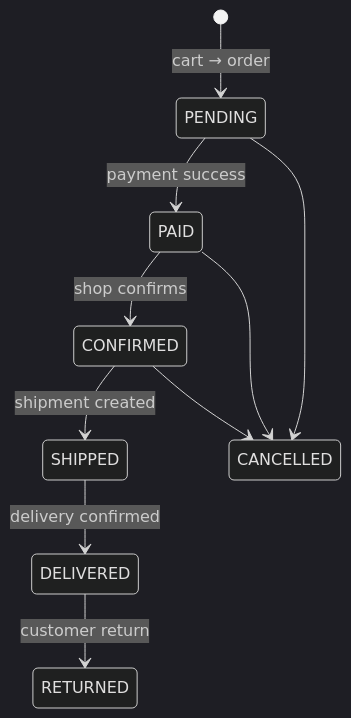
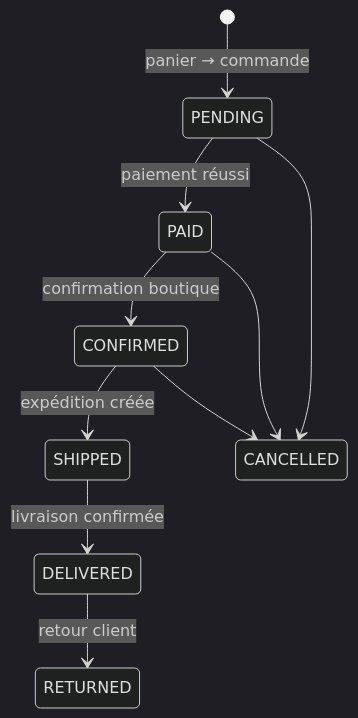
One commit to EagleFox31/shopflow changed the second of 2 diagrams in README.md. Above: the diagram before and after it, drawn with Mermaid (dark theme). The commit also changed other lines of this file, not shown here.

Commit message:
docs: traduire le README ShopFlow en français

````diff
--- a/README.md
+++ b/README.md
@@ -66,12 +66,12 @@
 ```mermaid
 stateDiagram-v2
-    [*] --> PENDING: cart → order
-    PENDING --> PAID: payment success
-    PAID --> CONFIRMED: shop confirms
-    CONFIRMED --> SHIPPED: shipment created
-    SHIPPED --> DELIVERED: delivery confirmed
-    DELIVERED --> RETURNED: customer return
+    [*] --> PENDING: panier → commande
+    PENDING --> PAID: paiement réussi
+    PAID --> CONFIRMED: confirmation boutique
+    CONFIRMED --> SHIPPED: expédition créée
+    SHIPPED --> DELIVERED: livraison confirmée
+    DELIVERED --> RETURNED: retour client
     PENDING --> CANCELLED
     PAID --> CANCELLED
     CONFIRMED --> CANCELLED
 ```
````
